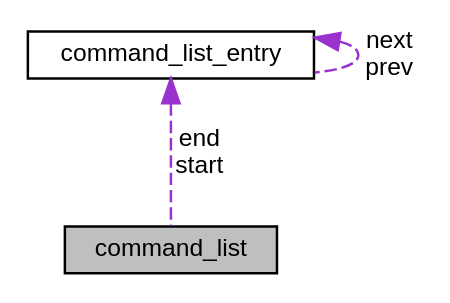
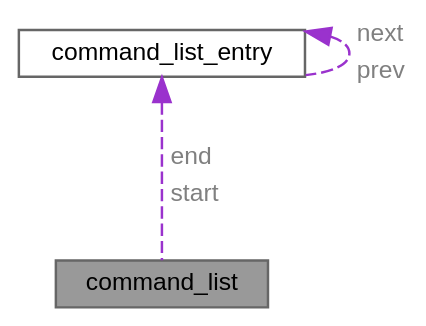
Before and after one commit to Frost-Wing/doxygen-docs: the diagram in structcommand__list__coll__graph.dot, drawn with Graphviz. The commit also changed 1093 other files, not shown here.

```diff
--- a/structcommand__list__coll__graph.dot
+++ b/structcommand__list__coll__graph.dot
@@ -1,10 +1,15 @@
 digraph "command_list"
 {
  // LATEX_PDF_SIZE
-  edge [fontname="Helvetica",fontsize="10",labelfontname="Helvetica",labelfontsize="10"];
-  node [fontname="Helvetica",fontsize="10",shape=record];
-  Node1 [label="command_list",height=0.2,width=0.4,color="black", fillcolor="grey75", style="filled", fontcolor="black",tooltip=" "];
-  Node2 -> Node1 [dir="back",color="darkorchid3",fontsize="10",style="dashed",label=" end\nstart" ,fontname="Helvetica"];
-  Node2 [label="command_list_entry",height=0.2,width=0.4,color="black", fillcolor="white", style="filled",URL="$structcommand__list__entry.html",tooltip=" "];
-  Node2 -> Node2 [dir="back",color="darkorchid3",fontsize="10",style="dashed",label=" next\nprev" ,fontname="Helvetica"];
+  bgcolor="transparent";
+  edge [fontname=Helvetica,fontsize=10,labelfontname=Helvetica,labelfontsize=10];
+  node [fontname=Helvetica,fontsize=10,shape=box,height=0.2,width=0.4];
+  Node1 [id="Node000001",label="command_list",height=0.2,width=0.4,color="gray40", fillcolor="grey60", style="filled", fontcolor="black",tooltip=" "];
+  Node2 -> Node1 [id="edge1_Node000001_Node000002",dir="back",color="darkorchid3",style="dashed",tooltip=" ",label=<<TABLE CELLBORDER="0" BORDER="0"><TR><TD VALIGN="top" ALIGN="LEFT" CELLPADDING="1" CELLSPACING="0">end</TD></TR>
+<TR><TD VALIGN="top" ALIGN="LEFT" CELLPADDING="1" CELLSPACING="0">start</TD></TR>
+</TABLE>> ,fontcolor="grey" ];
+  Node2 [id="Node000002",label="command_list_entry",height=0.2,width=0.4,color="gray40", fillcolor="white", style="filled",URL="$structcommand__list__entry.html",tooltip=" "];
+  Node2 -> Node2 [id="edge2_Node000002_Node000002",dir="back",color="darkorchid3",style="dashed",tooltip=" ",label=<<TABLE CELLBORDER="0" BORDER="0"><TR><TD VALIGN="top" ALIGN="LEFT" CELLPADDING="1" CELLSPACING="0">next</TD></TR>
+<TR><TD VALIGN="top" ALIGN="LEFT" CELLPADDING="1" CELLSPACING="0">prev</TD></TR>
+</TABLE>> ,fontcolor="grey" ];
 }
```
